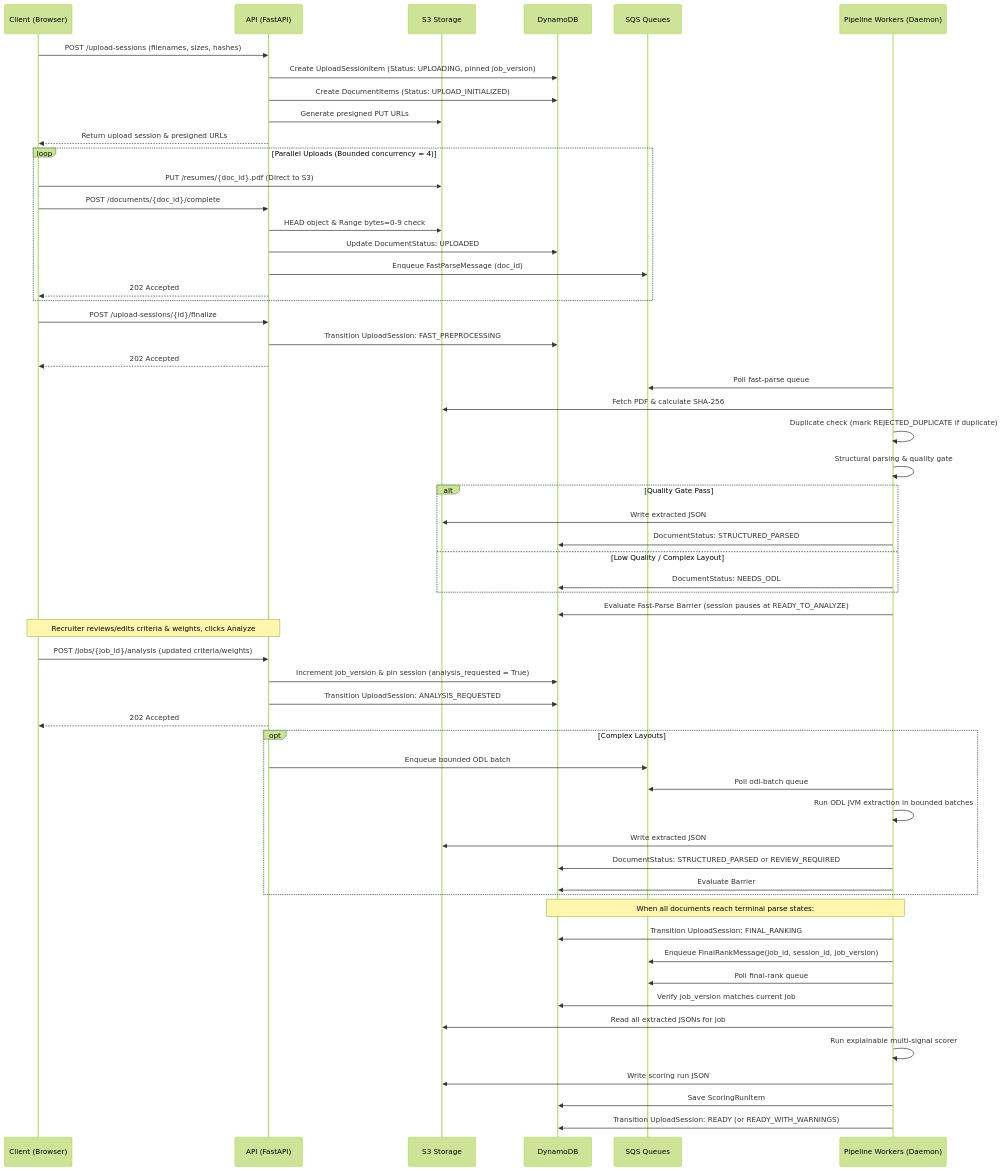
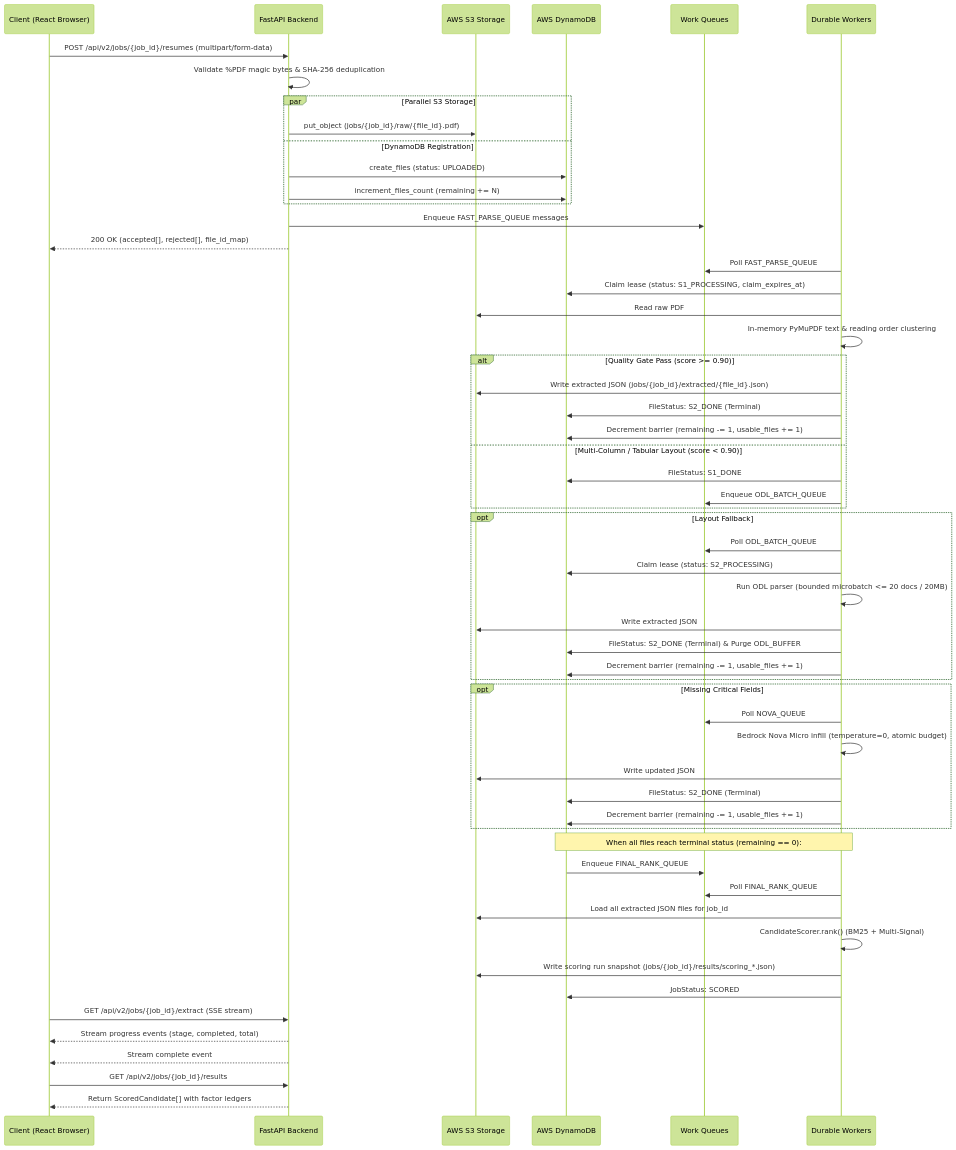
The diagram in docs/v2-release/ARCHITECTURE.md (SGOD-pro/resume_ranker), drawn with Mermaid (forest theme) before and after one commit. The commit also changed other lines of this file and 27 other files, not shown here.

````diff
--- a/docs/v2-release/ARCHITECTURE.md
+++ b/docs/v2-release/ARCHITECTURE.md
@@ -49,73 +68,70 @@
 ```mermaid
 sequenceDiagram
-    participant C as Client (Browser)
-    participant A as API (FastAPI)
-    participant S3 as S3 Storage
-    participant DB as DynamoDB
-    participant Q as SQS Queues
-    participant W as Pipeline Workers (Daemon)
+    participant C as Client (React Browser)
+    participant A as FastAPI Backend
+    participant S3 as AWS S3 Storage
+    participant DB as AWS DynamoDB
+    participant Q as Work Queues
+    participant W as Durable Workers
 
-    %% 1. Direct Presigned Upload Session
-    C->>A: POST /upload-sessions (filenames, sizes, hashes)
-    A->>DB: Create UploadSessionItem (Status: UPLOADING, pinned job_version)
-    A->>DB: Create DocumentItems (Status: UPLOAD_INITIALIZED)
-    A->>S3: Generate presigned PUT URLs
-    A-->>C: Return upload session & presigned URLs
+    %% 1. Upload via Backend Proxy
+    C->>A: POST /api/v2/jobs/{job_id}/resumes (multipart/form-data)
+    A->>A: Validate %PDF magic bytes & SHA-256 deduplication
+    par Parallel S3 Storage
+        A->>S3: put_object (jobs/{job_id}/raw/{file_id}.pdf)
+    and DynamoDB Registration
+        A->>DB: create_files (status: UPLOADED)
+        A->>DB: increment_files_count (remaining += N)
+    end
+    A->>Q: Enqueue FAST_PARSE_QUEUE messages
+    A-->>C: 200 OK (accepted[], rejected[], file_id_map)
 
-    %% 2. Direct S3 Upload & Completion
-    loop Parallel Uploads (Bounded concurrency = 4)
-        C->>S3: PUT /resumes/{doc_id}.pdf (Direct to S3)
-        C->>A: POST /documents/{doc_id}/complete
-        A->>S3: HEAD object & Range bytes=0-9 check
-        A->>DB: Update DocumentStatus: UPLOADED
-        A->>Q: Enqueue FastParseMessage (doc_id)
-        A-->>C: 202 Accepted
+    %% 2. Stage 1 Fast-Path Parsing
+    W->>Q: Poll FAST_PARSE_QUEUE
+    W->>DB: Claim lease (status: S1_PROCESSING, claim_expires_at)
+    W->>S3: Read raw PDF
+    W->>W: In-memory PyMuPDF text & reading order clustering
+    alt Quality Gate Pass (score >= 0.90)
+        W->>S3: Write extracted JSON (jobs/{job_id}/extracted/{file_id}.json)
+        W->>DB: FileStatus: S2_DONE (Terminal)
+        W->>DB: Decrement barrier (remaining -= 1, usable_files += 1)
+    else Multi-Column / Tabular Layout (score < 0.90)
+        W->>DB: FileStatus: S1_DONE
+        W->>Q: Enqueue ODL_BATCH_QUEUE
     end
 
-    %% 3. Finalize & Fast Preprocessing
-    C->>A: POST /upload-sessions/{id}/finalize
-    A->>DB: Transition UploadSession: FAST_PREPROCESSING
-    A-->>C: 202 Accepted
-
-    %% 4. Stage 1: Fast Parse Worker & Barrier
-    W->>Q: Poll fast-parse queue
-    W->>S3: Fetch PDF & calculate SHA-256
-    W->>W: Duplicate check (mark REJECTED_DUPLICATE if duplicate)
-    W->>W: Structural parsing & quality gate
-    alt Quality Gate Pass
+    %% 3. Stage 2 ODL JVM Microbatching
+    opt Layout Fallback
+        W->>Q: Poll ODL_BATCH_QUEUE
+        W->>DB: Claim lease (status: S2_PROCESSING)
+        W->>W: Run ODL parser (bounded microbatch <= 20 docs / 20MB)
         W->>S3: Write extracted JSON
-        W->>DB: DocumentStatus: STRUCTURED_PARSED
-    else Low Quality / Complex Layout
-        W->>DB: DocumentStatus: NEEDS_ODL
-    end
-    W->>DB: Evaluate Fast-Parse Barrier (session pauses at READY_TO_ANALYZE)
-
-    %% 5. Explicit Analysis Trigger
-    Note over C,A: Recruiter reviews/edits criteria & weights, clicks Analyze
-    C->>A: POST /jobs/{job_id}/analysis (updated criteria/weights)
-    A->>DB: Increment job_version & pin session (analysis_requested = True)
-    A->>DB: Transition UploadSession: ANALYSIS_REQUESTED
-    A-->>C: 202 Accepted
-
-    %% 6. Stage 2: ODL Fallback (if needed)
-    opt Complex Layouts
-        A->>Q: Enqueue bounded ODL batch
-        W->>Q: Poll odl-batch queue
-        W->>W: Run ODL JVM extraction in bounded batches
-        W->>S3: Write extracted JSON
-        W->>DB: DocumentStatus: STRUCTURED_PARSED or REVIEW_REQUIRED
-        W->>DB: Evaluate Barrier
+        W->>DB: FileStatus: S2_DONE (Terminal) & Purge ODL_BUFFER#
+        W->>DB: Decrement barrier (remaining -= 1, usable_files += 1)
     end
 
-    %% 7. Barrier Synchronization & Stage 3: Final Rank
-    Note over W,DB: When all documents reach terminal parse states:
-    W->>DB: Transition UploadSession: FINAL_RANKING
-    W->>Q: Enqueue FinalRankMessage(job_id, session_id, job_version)
-    W->>Q: Poll final-rank queue
-    W->>DB: Verify job_version matches current job
-    W->>S3: Read all extracted JSONs for job
-    W->>W: Run explainable multi-signal scorer
-    W->>S3: Write scoring run JSON
-    W->>DB: Save ScoringRunItem
-    W->>DB: Transition UploadSession: READY (or READY_WITH_WARNINGS)
+    %% 4. Stage 3 LLM Targeted Infill (if needed)
+    opt Missing Critical Fields
+        W->>Q: Poll NOVA_QUEUE
+        W->>W: Bedrock Nova Micro infill (temperature=0, atomic budget)
+        W->>S3: Write updated JSON
+        W->>DB: FileStatus: S2_DONE (Terminal)
+        W->>DB: Decrement barrier (remaining -= 1, usable_files += 1)
+    end
+
+    %% 5. Barrier Synchronization & Final Ranking
+    Note over DB,W: When all files reach terminal status (remaining == 0):
+    DB->>Q: Enqueue FINAL_RANK_QUEUE
+    W->>Q: Poll FINAL_RANK_QUEUE
+    W->>S3: Load all extracted JSON files for job_id
+    W->>W: CandidateScorer.rank() (BM25 + Multi-Signal)
+    W->>S3: Write scoring run snapshot (jobs/{job_id}/results/scoring_*.json)
+    W->>DB: JobStatus: SCORED
+
+    %% 6. Live SSE Updates
+    C->>A: GET /api/v2/jobs/{job_id}/extract (SSE stream)
+    A-->>C: Stream progress events (stage, completed, total)
+    A-->>C: Stream complete event
+    C->>A: GET /api/v2/jobs/{job_id}/results
+    A-->>C: Return ScoredCandidate[] with factor ledgers
 ```
````
